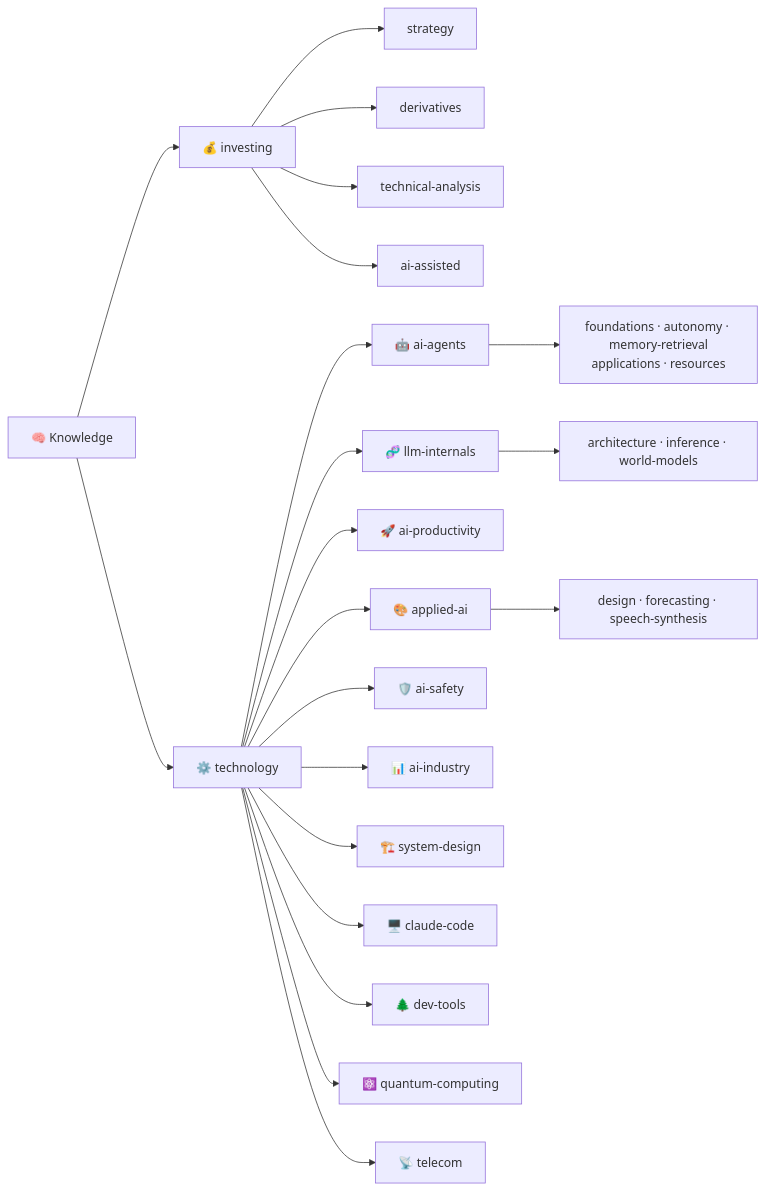
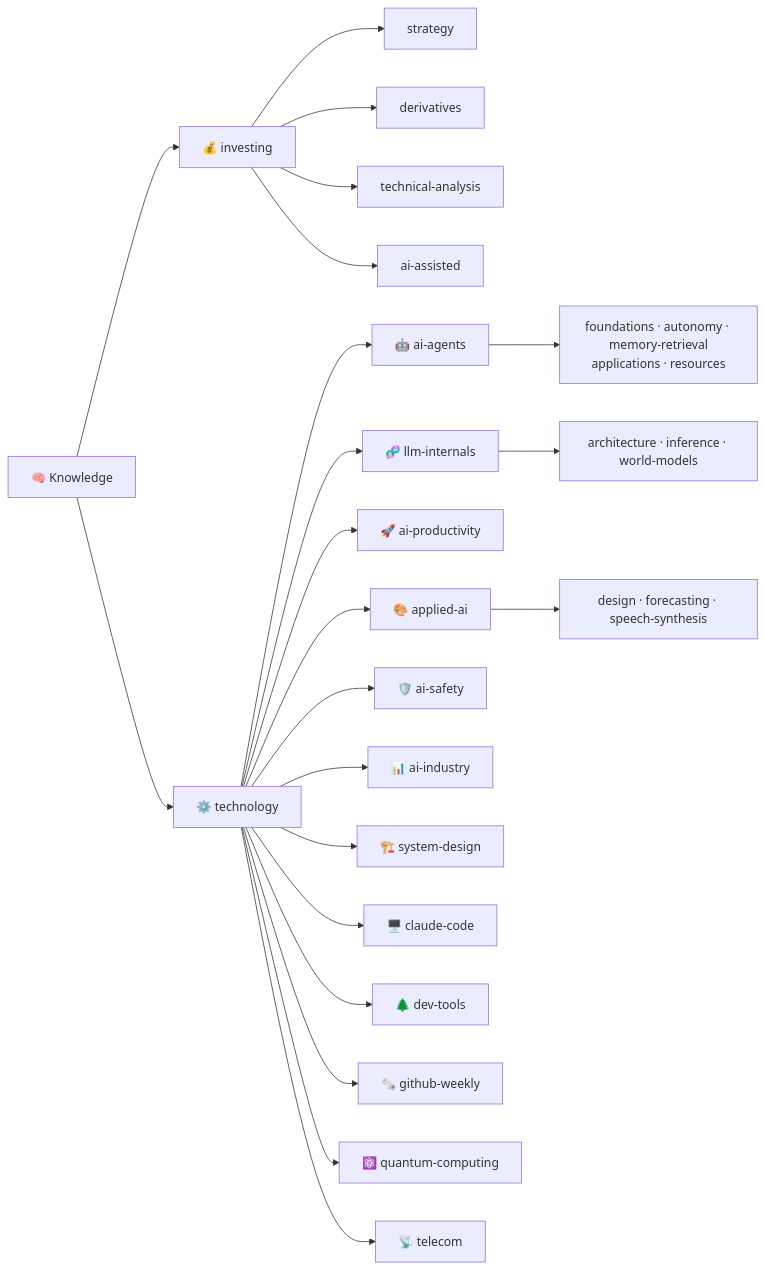
Before and after one commit to shooter2062424/Knowledge: the diagram in README.md, drawn with Mermaid. The commit also changed other lines of this file and 1 other file, not shown here.

First line of the commit message:
新增 GitHub Weekly 第 115 期週報筆記

````diff
--- a/README.md
+++ b/README.md
@@ -25,23 +25,24 @@
 ```mermaid
 flowchart LR
     K["🧠 Knowledge"] --> I["💰 investing"]
     K --> T["⚙️ technology"]
     I --> I1["strategy"]
     I --> I2["derivatives"]
     I --> I3["technical-analysis"]
     I --> I4["ai-assisted"]
     T --> T1["🤖 ai-agents"]
     T --> T2["🧬 llm-internals"]
     T --> T3["🚀 ai-productivity"]
     T --> T4["🎨 applied-ai"]
     T --> T7["🛡️ ai-safety"]
     T --> T9["📊 ai-industry"]
     T --> T10["🏗️ system-design"]
     T --> T8["🖥️ claude-code"]
     T --> T11["🌲 dev-tools"]
+    T --> T12["🗞️ github-weekly"]
     T --> T6["⚛️ quantum-computing"]
     T --> T5["📡 telecom"]
     T1 --> T1a["foundations · autonomy · memory-retrieval<br/>applications · resources"]
     T2 --> T2a["architecture · inference · world-models"]
     T4 --> T4a["design · forecasting · speech-synthesis"]
 ```
````
